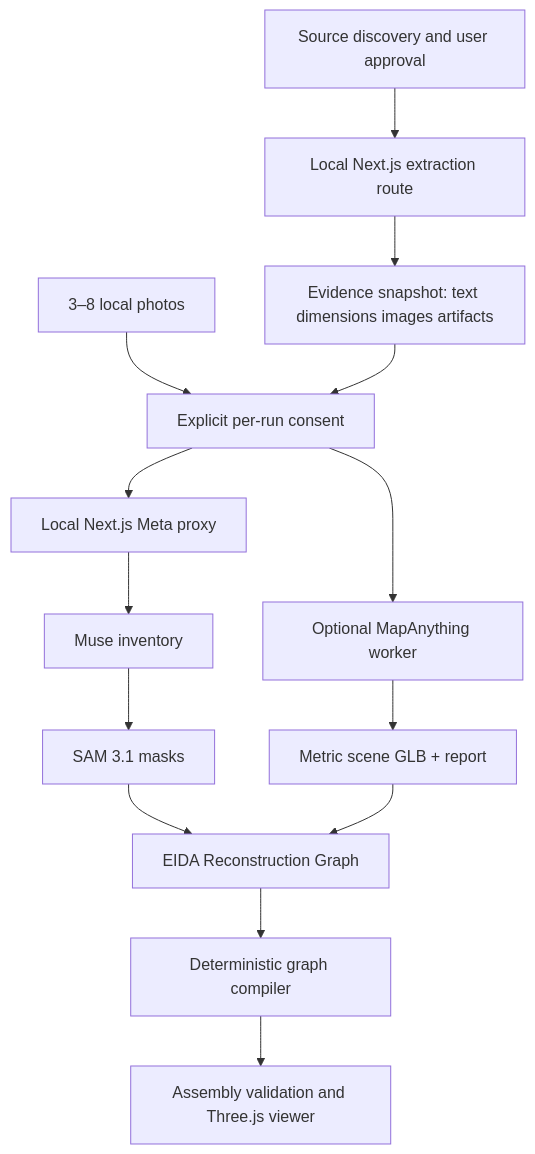
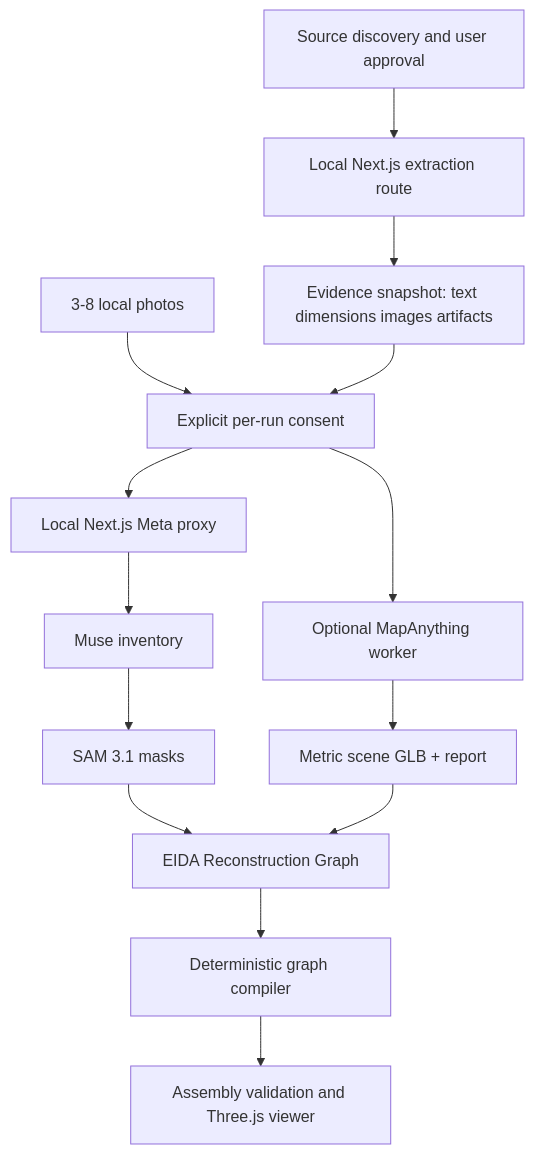
The diagram in docs/architecture.md (Cedric-Martz/EIDA), drawn with Mermaid before and after one commit. The commit also changed other lines of this file and 48 other files, not shown here.

````diff
--- a/docs/architecture.md
+++ b/docs/architecture.md
@@ -7,16 +7,16 @@
 ```mermaid
 flowchart TD
 A[Source discovery and user approval] --> B[Local Next.js extraction route]
 B --> C[Evidence snapshot: text dimensions images artifacts]
-D[3–8 local photos] --> E[Explicit per-run consent]
+D[3-8 local photos] --> E[Explicit per-run consent]
 C --> E
 E --> F[Local Next.js Meta proxy]
 F --> G[Muse inventory]
 G --> H[SAM 3.1 masks]
 E --> M[Optional MapAnything worker]
 M --> N[Metric scene GLB + report]
 H --> I[EIDA Reconstruction Graph]
 N --> I
 I --> J[Deterministic graph compiler]
 J --> K[Assembly validation and Three.js viewer]
 ```
````
